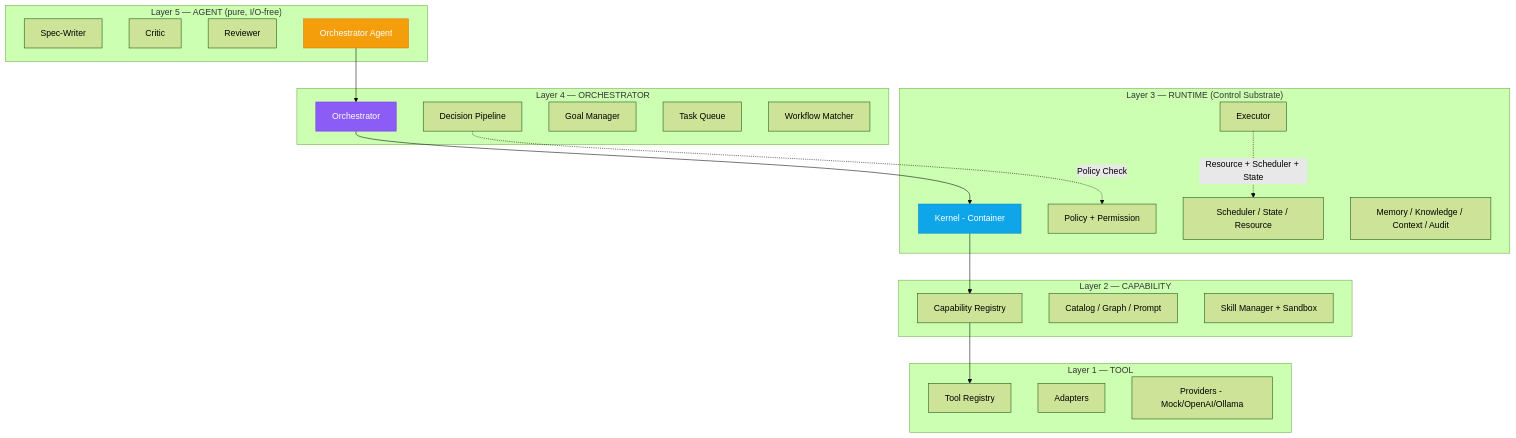
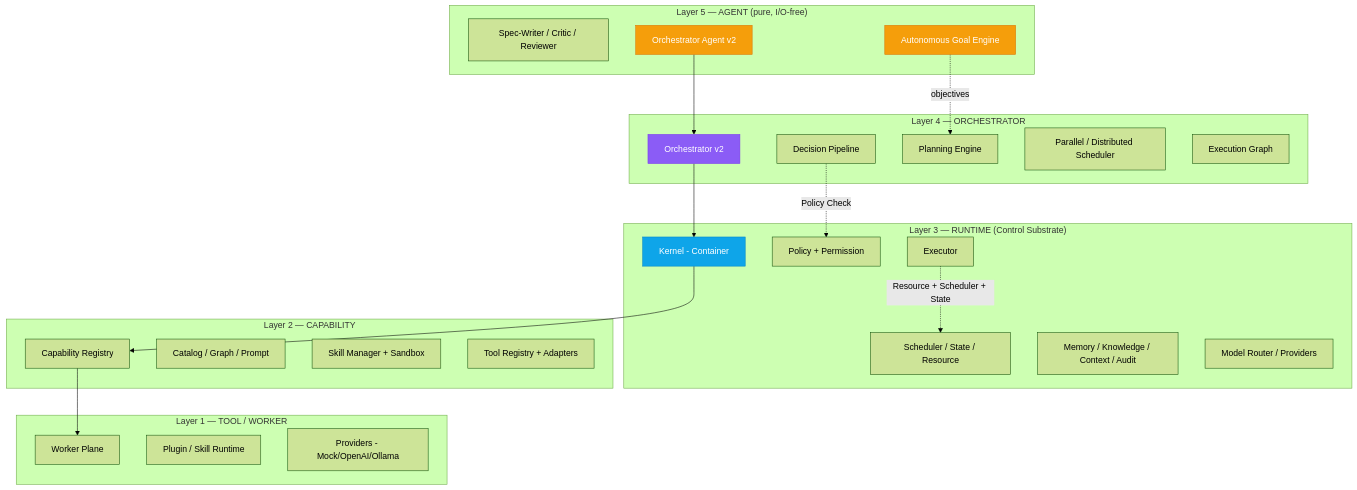
The first of 9 diagrams in docs/AIOS_System_Diagram.md (mrdanhdanh/AIOS), drawn with Mermaid (forest theme) before and after one commit. The commit also changed other lines of this file and 146 other files, not shown here.

First line of the commit message:
TASK-051..062: M9 Autonomous milestone — DONE

````diff
--- a/docs/AIOS_System_Diagram.md
+++ b/docs/AIOS_System_Diagram.md
@@ -25,41 +26,44 @@
 ```mermaid
 flowchart TB
     subgraph L5["Layer 5 — AGENT (pure, I/O-free)"]
-        A1[Spec-Writer]
-        A2[Critic]
-        A3[Reviewer]
-        A4[Orchestrator Agent]
+        A1[Spec-Writer / Critic / Reviewer]
+        A4[Orchestrator Agent v2]
+        AGOAL[Autonomous Goal Engine]
     end
     subgraph L4["Layer 4 — ORCHESTRATOR"]
-        O1[Orchestrator]
+        O1[Orchestrator v2]
         O2[Decision Pipeline]
-        O3[Goal Manager]
-        O4[Task Queue]
-        O5[Workflow Matcher]
+        O3[Planning Engine]
+        O4[Parallel / Distributed Scheduler]
+        O5[Execution Graph]
     end
     subgraph L3["Layer 3 — RUNTIME (Control Substrate)"]
         R1[Kernel - Container]
         R2[Policy + Permission]
         R3[Scheduler / State / Resource]
         R4[Memory / Knowledge / Context / Audit]
         R5[Executor]
+        R6[Model Router / Providers]
     end
     subgraph L2["Layer 2 — CAPABILITY"]
         C1[Capability Registry]
         C2[Catalog / Graph / Prompt]
         C3[Skill Manager + Sandbox]
+        C4[Tool Registry + Adapters]
     end
-    subgraph L1["Layer 1 — TOOL"]
-        T1[Tool Registry]
-        T2[Adapters]
+    subgraph L1["Layer 1 — TOOL / WORKER"]
+        T1[Worker Plane]
+        T2[Plugin / Skill Runtime]
         T3[Providers - Mock/OpenAI/Ollama]
     end
 
     A4 --> O1 --> R1 --> C1 --> T1
+    AGOAL -.->|objectives| O3
     O2 -.->|Policy Check| R2
     R5 -.->|Resource + Scheduler + State| R3
 
     style R1 fill:#0ea5e9,stroke:#0284c7,color:#fff
     style O1 fill:#8b5cf6,stroke:#7c3aed,color:#fff
     style A4 fill:#f59e0b,stroke:#d97706,color:#fff
+    style AGOAL fill:#f59e0b,stroke:#d97706,color:#fff
 ```
````
